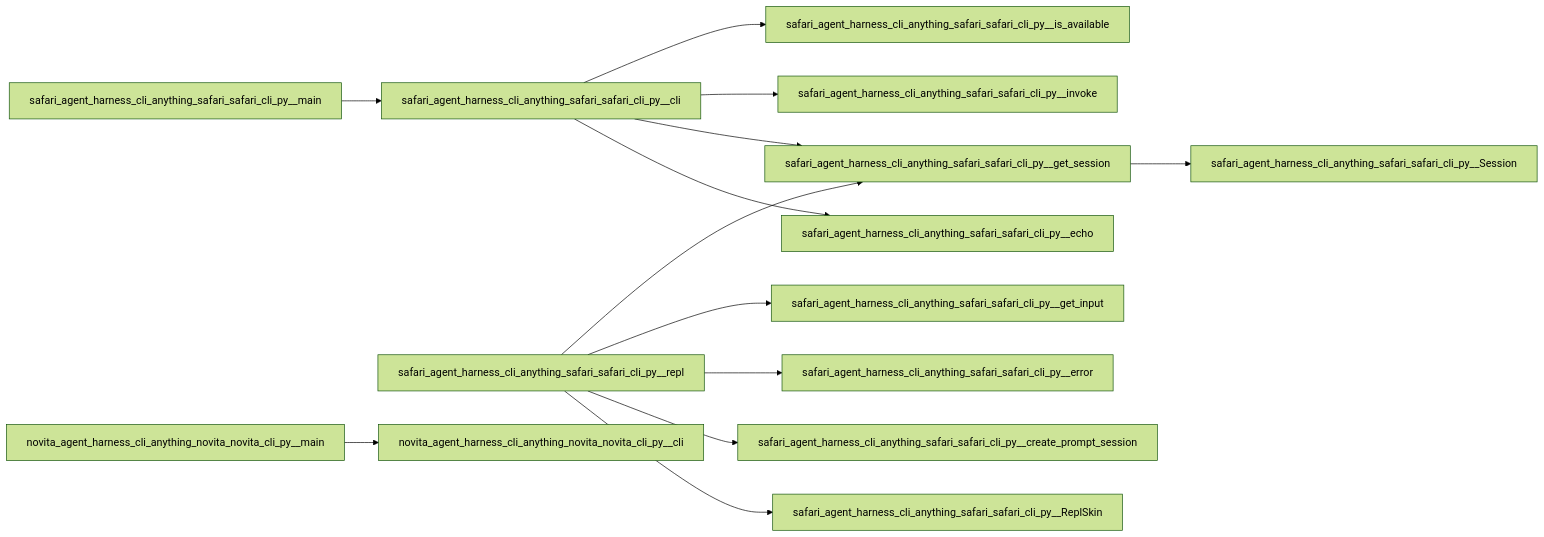
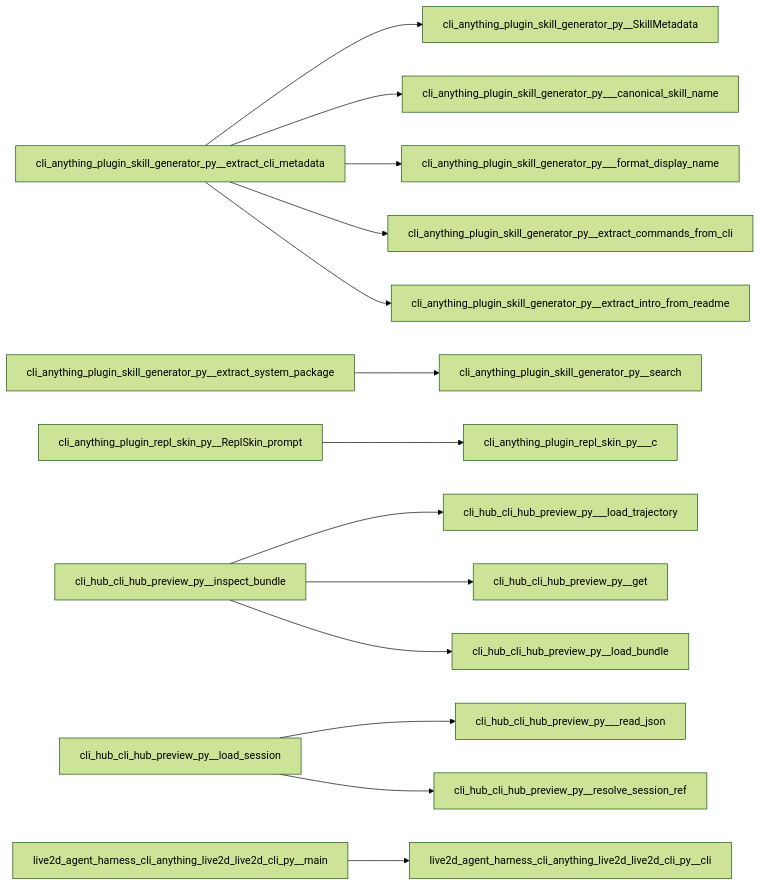
One commit to zhanglunet/req-code-kb changed the diagram in site/kb-cli-anything/requirements/req-core.md. Above: the diagram before and after it, drawn with Mermaid (forest theme). The commit also changed other lines of this file and 13 other files, not shown here.

````diff
--- a/site/kb-cli-anything/requirements/req-core.md
+++ b/site/kb-cli-anything/requirements/req-core.md
@@ -56,15 +55,16 @@
 ```mermaid
 flowchart LR
-    safari_agent_harness_cli_anything_safari_safari_cli_py__cli --> safari_agent_harness_cli_anything_safari_safari_cli_py__echo
-    safari_agent_harness_cli_anything_safari_safari_cli_py__cli --> safari_agent_harness_cli_anything_safari_safari_cli_py__get_session
-    safari_agent_harness_cli_anything_safari_safari_cli_py__cli --> safari_agent_harness_cli_anything_safari_safari_cli_py__invoke
-    safari_agent_harness_cli_anything_safari_safari_cli_py__cli --> safari_agent_harness_cli_anything_safari_safari_cli_py__is_available
-    safari_agent_harness_cli_anything_safari_safari_cli_py__get_session --> safari_agent_harness_cli_anything_safari_safari_cli_py__Session
-    safari_agent_harness_cli_anything_safari_safari_cli_py__main --> safari_agent_harness_cli_anything_safari_safari_cli_py__cli
-    safari_agent_harness_cli_anything_safari_safari_cli_py__repl --> safari_agent_harness_cli_anything_safari_safari_cli_py__ReplSkin
-    safari_agent_harness_cli_anything_safari_safari_cli_py__repl --> safari_agent_harness_cli_anything_safari_safari_cli_py__create_prompt_session
-    safari_agent_harness_cli_anything_safari_safari_cli_py__repl --> safari_agent_harness_cli_anything_safari_safari_cli_py__error
-    safari_agent_harness_cli_anything_safari_safari_cli_py__repl --> safari_agent_harness_cli_anything_safari_safari_cli_py__get_input
-    safari_agent_harness_cli_anything_safari_safari_cli_py__repl --> safari_agent_harness_cli_anything_safari_safari_cli_py__get_session
-    novita_agent_harness_cli_anything_novita_novita_cli_py__main --> novita_agent_harness_cli_anything_novita_novita_cli_py__cli
+    cli_anything_plugin_skill_generator_py__extract_cli_metadata --> cli_anything_plugin_skill_generator_py__SkillMetadata
+    cli_anything_plugin_skill_generator_py__extract_cli_metadata --> cli_anything_plugin_skill_generator_py___canonical_skill_name
+    cli_anything_plugin_skill_generator_py__extract_cli_metadata --> cli_anything_plugin_skill_generator_py___format_display_name
+    cli_anything_plugin_skill_generator_py__extract_cli_metadata --> cli_anything_plugin_skill_generator_py__extract_commands_from_cli
+    cli_anything_plugin_skill_generator_py__extract_cli_metadata --> cli_anything_plugin_skill_generator_py__extract_intro_from_readme
+    cli_anything_plugin_skill_generator_py__extract_system_package --> cli_anything_plugin_skill_generator_py__search
+    cli_anything_plugin_repl_skin_py__ReplSkin_prompt --> cli_anything_plugin_repl_skin_py___c
+    cli_hub_cli_hub_preview_py__inspect_bundle --> cli_hub_cli_hub_preview_py___load_trajectory
+    cli_hub_cli_hub_preview_py__inspect_bundle --> cli_hub_cli_hub_preview_py__get
+    cli_hub_cli_hub_preview_py__inspect_bundle --> cli_hub_cli_hub_preview_py__load_bundle
+    cli_hub_cli_hub_preview_py__load_session --> cli_hub_cli_hub_preview_py___read_json
+    cli_hub_cli_hub_preview_py__load_session --> cli_hub_cli_hub_preview_py__resolve_session_ref
+    live2d_agent_harness_cli_anything_live2d_live2d_cli_py__main --> live2d_agent_harness_cli_anything_live2d_live2d_cli_py__cli
 ```
````
